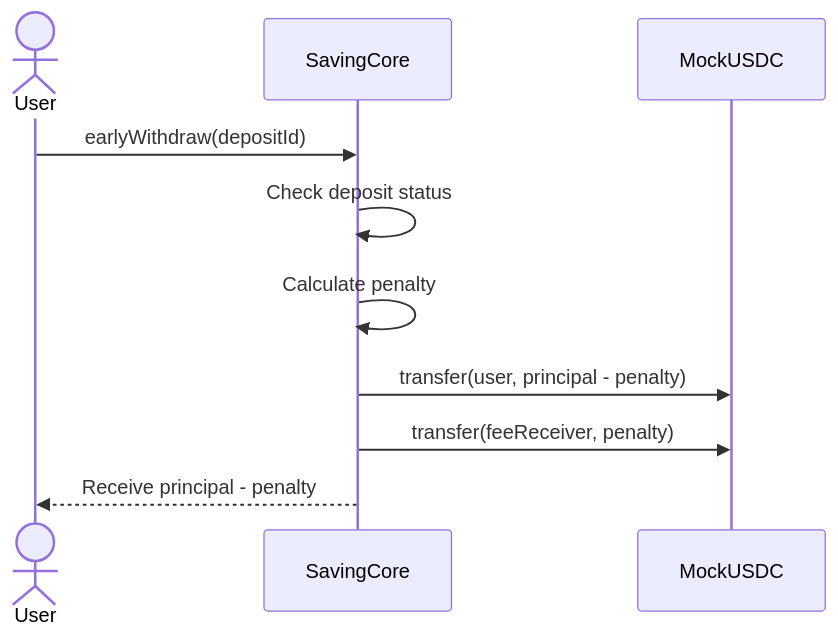
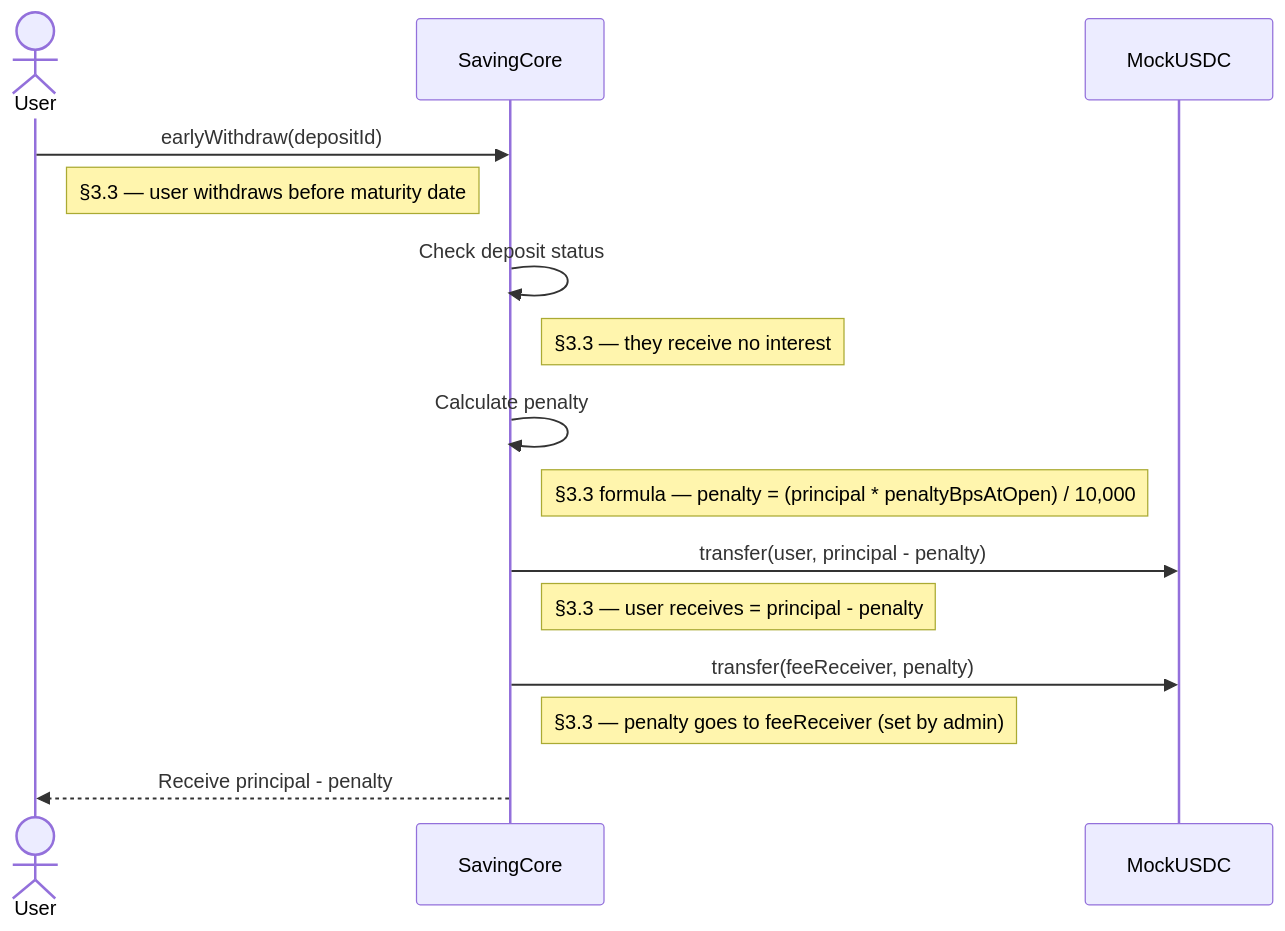
Before and after one commit to yang-sin-pal/AC_BlockChain_Online_Saving: the third of 6 diagrams in docs/sequence-diagram.md, drawn with Mermaid. The commit also changed other lines of this file, not shown here.

Commit message:
fix: enhance sequence diagrams with detailed notes for deposit, withdrawal, and renewal processes

````diff
--- a/docs/sequence-diagram.md
+++ b/docs/sequence-diagram.md
@@ -56,16 +78,23 @@
 ```mermaid
 sequenceDiagram
     actor User
     participant Core as SavingCore
     participant USDC as MockUSDC
 
     User->>Core: earlyWithdraw(depositId)
+    Note right of User: §3.3 — user withdraws before maturity date
 
     Core->>Core: Check deposit status
+    Note right of Core: §3.3 — they receive no interest
+
     Core->>Core: Calculate penalty
+    Note right of Core: §3.3 formula — penalty = (principal * penaltyBpsAtOpen) / 10,000
 
     Core->>USDC: transfer(user, principal - penalty)
+    Note right of Core: §3.3 — user receives = principal - penalty
+
     Core->>USDC: transfer(feeReceiver, penalty)
+    Note right of Core: §3.3 — penalty goes to feeReceiver (set by admin)
 
     Core-->>User: Receive principal - penalty
 ```
````
